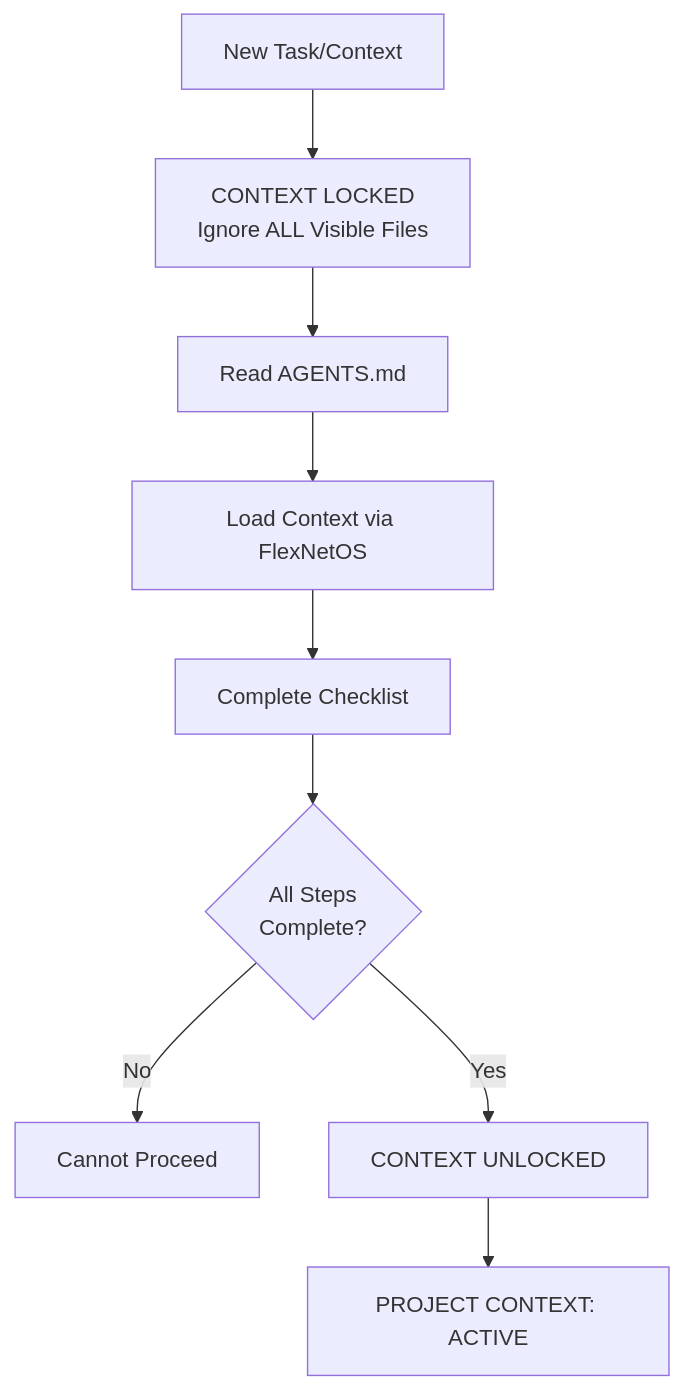
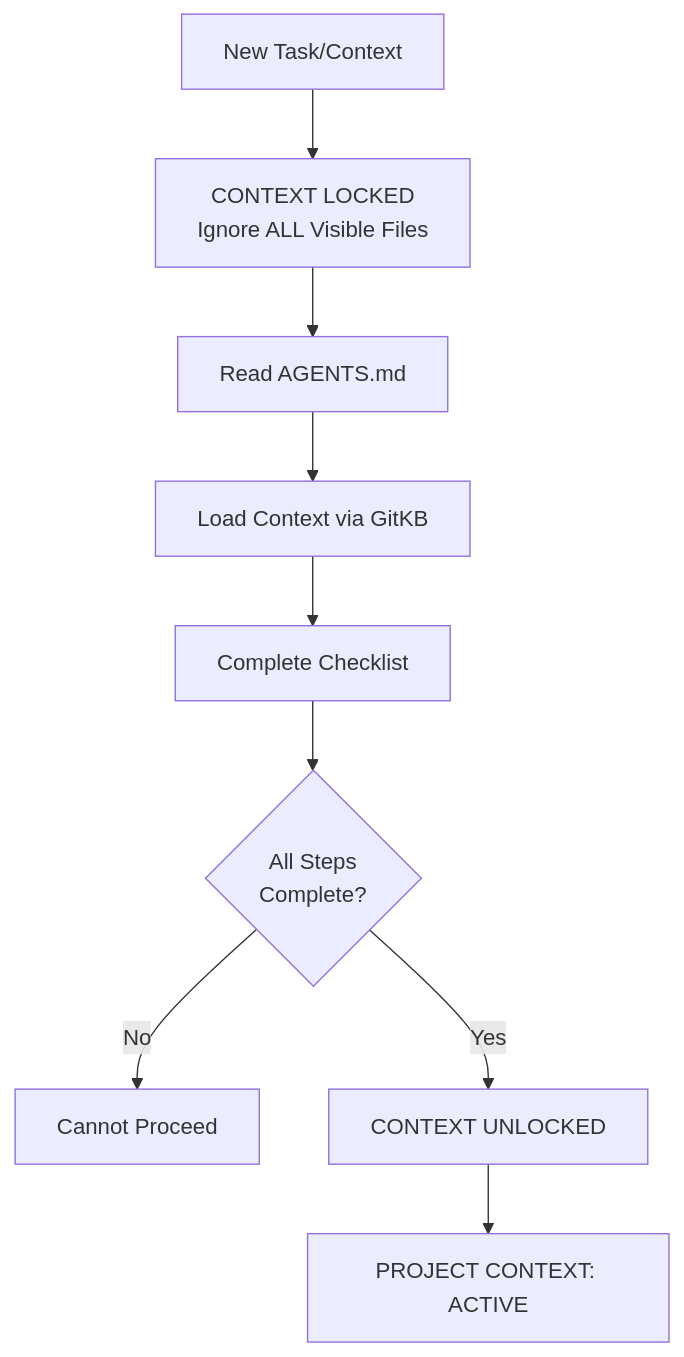
The first of 2 diagrams in .kb/AGENTS.md (FlexNetOS/meta), drawn with Mermaid before and after one commit. The commit also changed other lines of this file and 1 other file, not shown here.

````diff
--- a/.kb/AGENTS.md
+++ b/.kb/AGENTS.md
@@ -223,11 +223,11 @@
 ```mermaid
 flowchart TD
     Start[New Task/Context] --> Lock[CONTEXT LOCKED<br/>Ignore ALL Visible Files]
     Lock --> Read[Read AGENTS.md]
-    Read --> LoadContext[Load Context via FlexNetOS]
+    Read --> LoadContext[Load Context via GitKB]
     LoadContext --> Validate[Complete Checklist]
     Validate --> Verify{All Steps<br/>Complete?}
     Verify -- No --> Stop[Cannot Proceed]
     Verify -- Yes --> Unlock[CONTEXT UNLOCKED]
     Unlock --> Active[PROJECT CONTEXT: ACTIVE]
 ```
````
